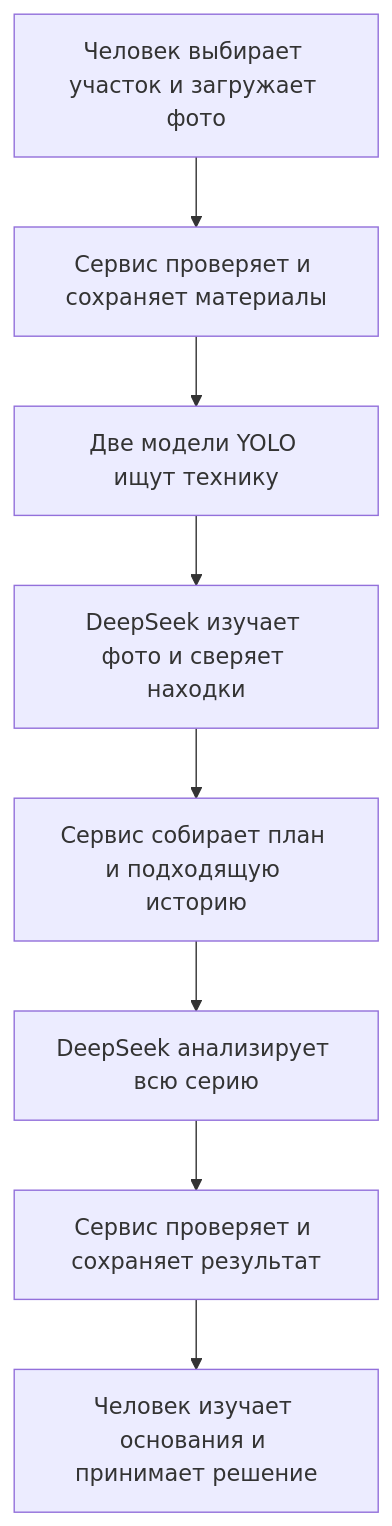
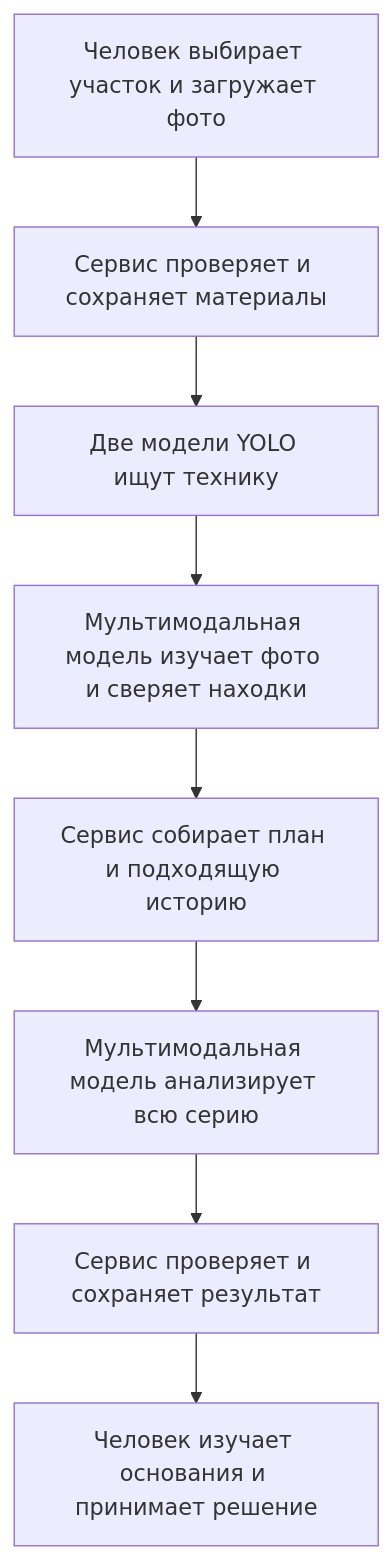
The first of 3 diagrams in Architecture.md (GorsheninNikolay/lzt-detecing-violations-system), drawn with Mermaid before and after one commit. The commit also changed other lines of this file and 36 other files, not shown here.

````diff
--- a/Architecture.md
+++ b/Architecture.md
@@ -15,10 +15,10 @@
 ```mermaid
 flowchart TD
     A[Человек выбирает участок и загружает фото] --> B[Сервис проверяет и сохраняет материалы]
     B --> C[Две модели YOLO ищут технику]
-    C --> D[DeepSeek изучает фото и сверяет находки]
+    C --> D[Мультимодальная модель изучает фото и сверяет находки]
     D --> E[Сервис собирает план и подходящую историю]
-    E --> F[DeepSeek анализирует всю серию]
+    E --> F[Мультимодальная модель анализирует всю серию]
     F --> G[Сервис проверяет и сохраняет результат]
     G --> H[Человек изучает основания и принимает решение]
 ```
````
